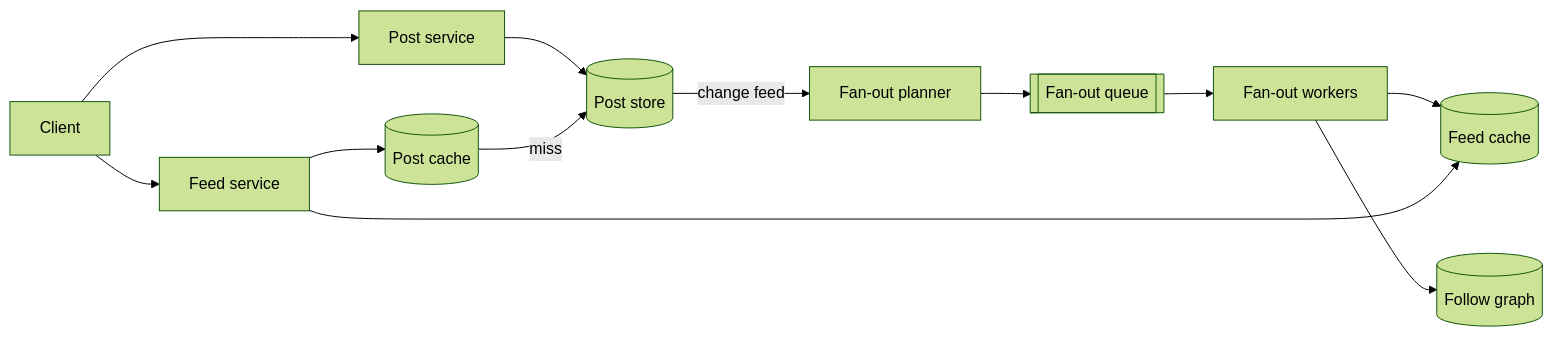
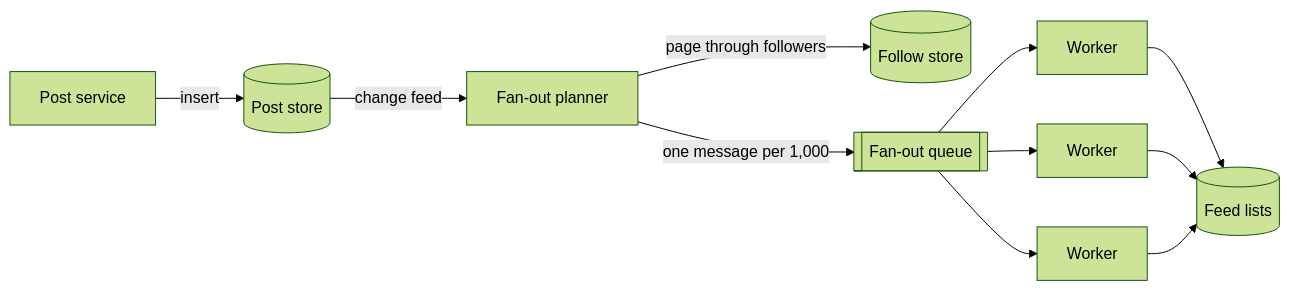
The sixth of 11 diagrams in docs/06-case-studies/news-feed.md (spabolu/system-design-modern), drawn with Mermaid (forest theme) before and after one commit. The commit also changed other lines of this file, not shown here.

Commit message:
Rewrite news feed case study as a mock interview

````diff
--- a/docs/06-case-studies/news-feed.md
+++ b/docs/06-case-studies/news-feed.md
@@ -68,14 +237,13 @@
 ```mermaid
 flowchart LR
-  C[Client] --> FS[Feed service]
-  C --> PS[Post service]
-  PS --> PDB[(Post store)]
-  PDB -->|change feed| FP[Fan-out planner]
-  FP --> Q[[Fan-out queue]]
-  Q --> FW[Fan-out workers]
-  FW --> GDB[(Follow graph)]
-  FW --> FC[(Feed cache)]
-  FS --> FC
-  FS --> PC[(Post cache)]
-  PC -->|miss| PDB
+  PS[Post service] -->|insert| PDB[("Post store")]
+  PDB -->|"change feed"| PL[Fan-out planner]
+  PL -->|"page through followers"| GDB[("Follow store")]
+  PL -->|"one message per 1,000"| Q[["Fan-out queue"]]
+  Q --> W1[Worker]
+  Q --> W2[Worker]
+  Q --> W3[Worker]
+  W1 --> FC[("Feed lists")]
+  W2 --> FC
+  W3 --> FC
 ```
````
